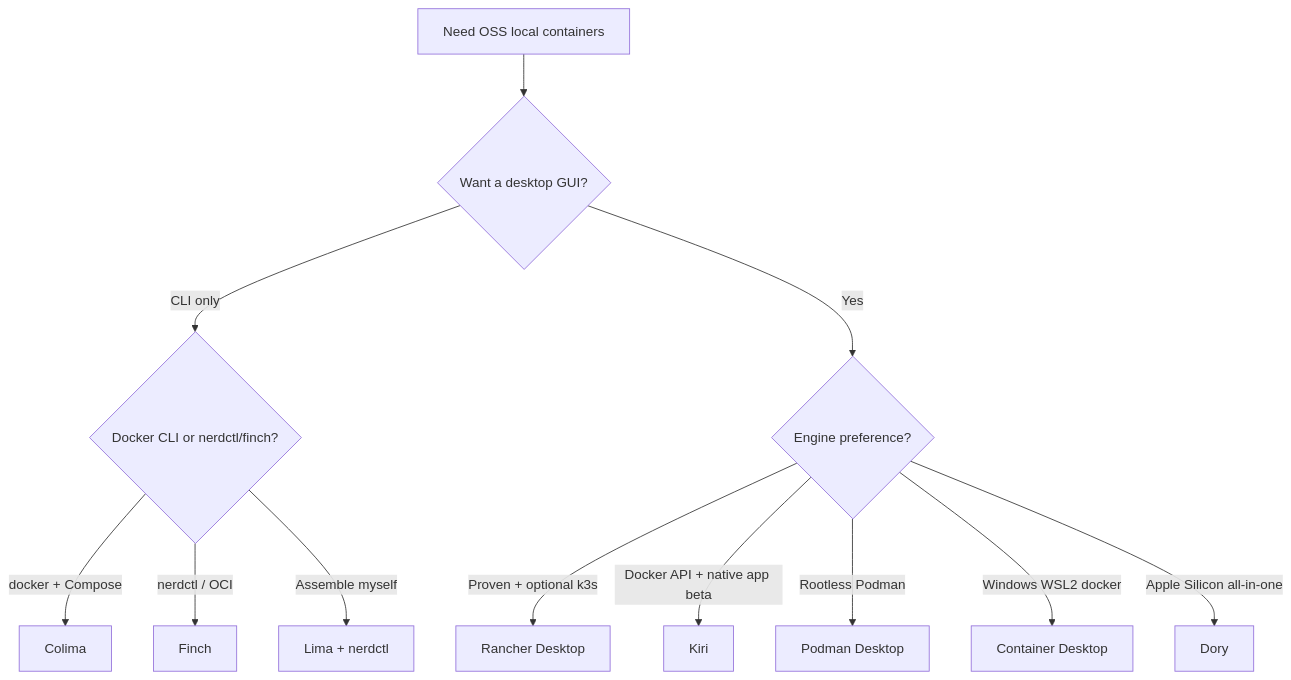
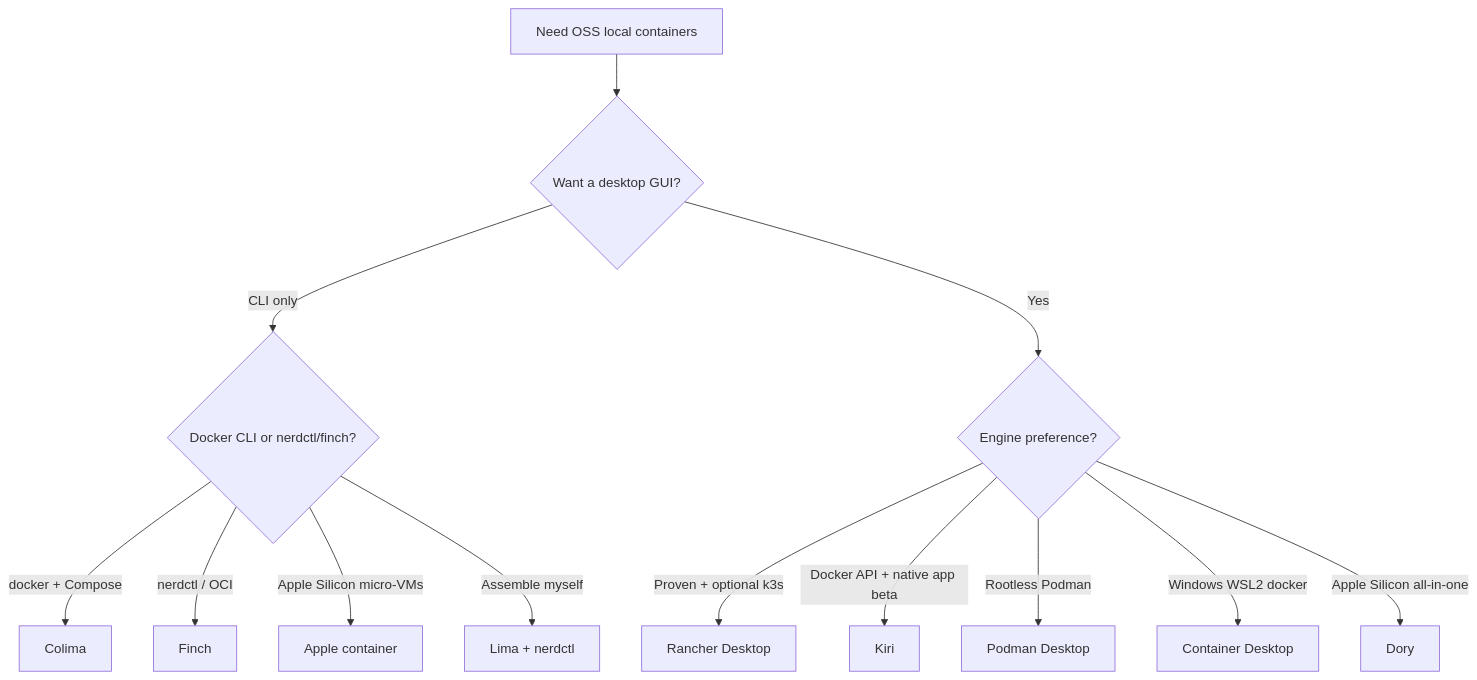
Before and after one commit to sagarnikam123/sagarnikam123.github.io: the diagram in _drafts/open-source-container-runtimes-compared.md, drawn with Mermaid. The commit also changed other lines of this file, not shown here.

Commit message:
feat: orbstack & apple container

````diff
--- a/_drafts/open-source-container-runtimes-compared.md
+++ b/_drafts/open-source-container-runtimes-compared.md
@@ -89,14 +105,15 @@
 ```mermaid
 flowchart TD
     Start["Need OSS local containers"] --> Gui{"Want a desktop GUI?"}
     Gui -->|"CLI only"| Cli{"Docker CLI or nerdctl/finch?"}
     Cli -->|"docker + Compose"| Colima["Colima"]
     Cli -->|"nerdctl / OCI"| Finch["Finch"]
+    Cli -->|"Apple Silicon micro-VMs"| AppleC["Apple container"]
     Cli -->|"Assemble myself"| Lima["Lima + nerdctl"]
     Gui -->|"Yes"| Engine{"Engine preference?"}
     Engine -->|"Proven + optional k3s"| RD["Rancher Desktop"]
     Engine -->|"Docker API + native app beta"| Kiri["Kiri"]
     Engine -->|"Rootless Podman"| PD["Podman Desktop"]
     Engine -->|"Windows WSL2 docker"| CD["Container Desktop"]
     Engine -->|"Apple Silicon all-in-one"| Dory["Dory"]
 ```
````
